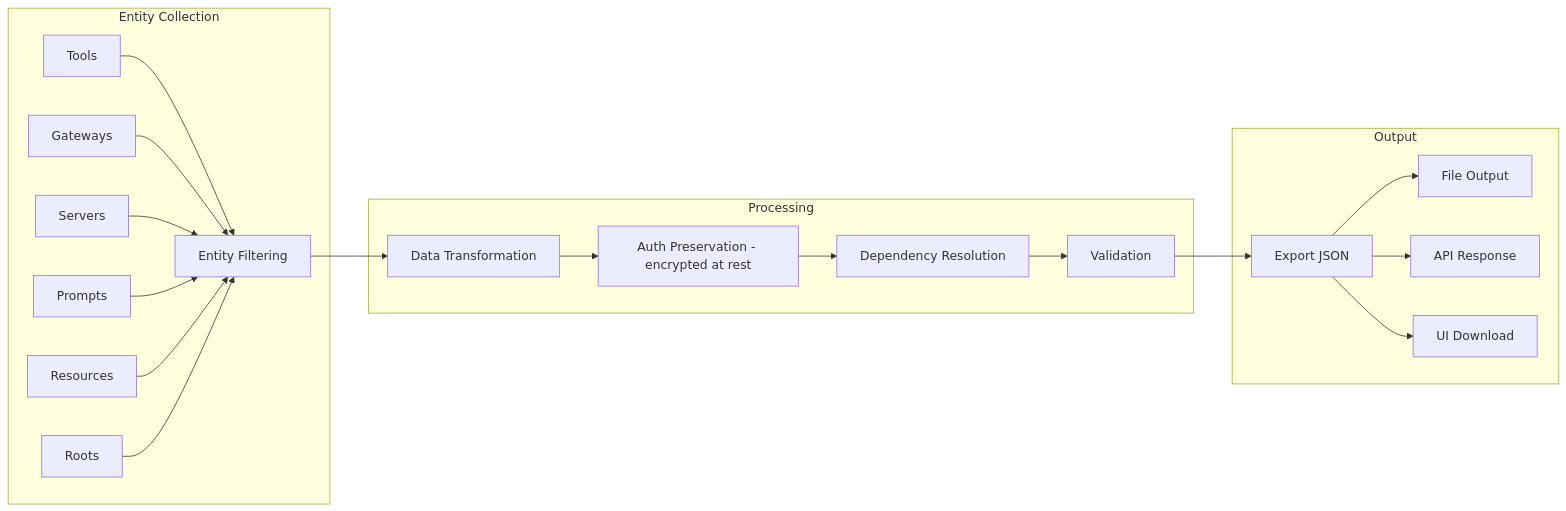
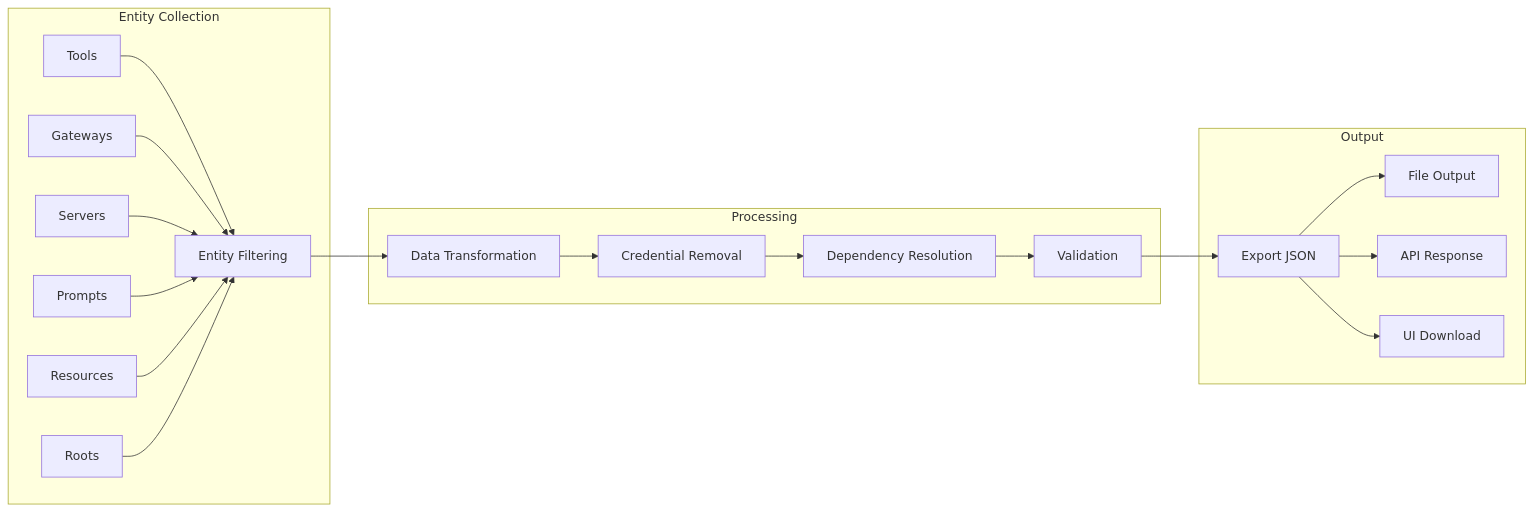
Before and after one commit to IBM/mcp-context-forge: the second of 4 diagrams in docs/docs/architecture/export-import-architecture.md, drawn with Mermaid. The commit also changed other lines of this file and 16 other files, not shown here.

````diff
--- a/docs/docs/architecture/export-import-architecture.md
+++ b/docs/docs/architecture/export-import-architecture.md
@@ -145,25 +145,25 @@
 ```mermaid
 graph LR
     subgraph "Entity Collection"
         E1[Tools] --> Filter[Entity Filtering]
         E2[Gateways] --> Filter
         E3[Servers] --> Filter
         E4[Prompts] --> Filter
         E5[Resources] --> Filter
         E6[Roots] --> Filter
     end
 
     subgraph "Processing"
         Filter --> Transform[Data Transformation]
-        Transform --> Preserve[Auth Preservation - encrypted at rest]
-        Preserve --> Deps[Dependency Resolution]
+        Transform --> Strip[Credential Removal]
+        Strip --> Deps[Dependency Resolution]
         Deps --> Validate[Validation]
     end
 
     subgraph "Output"
         Validate --> JSON[Export JSON]
         JSON --> File[File Output]
         JSON --> API[API Response]
         JSON --> UI[UI Download]
     end
 ```
````
